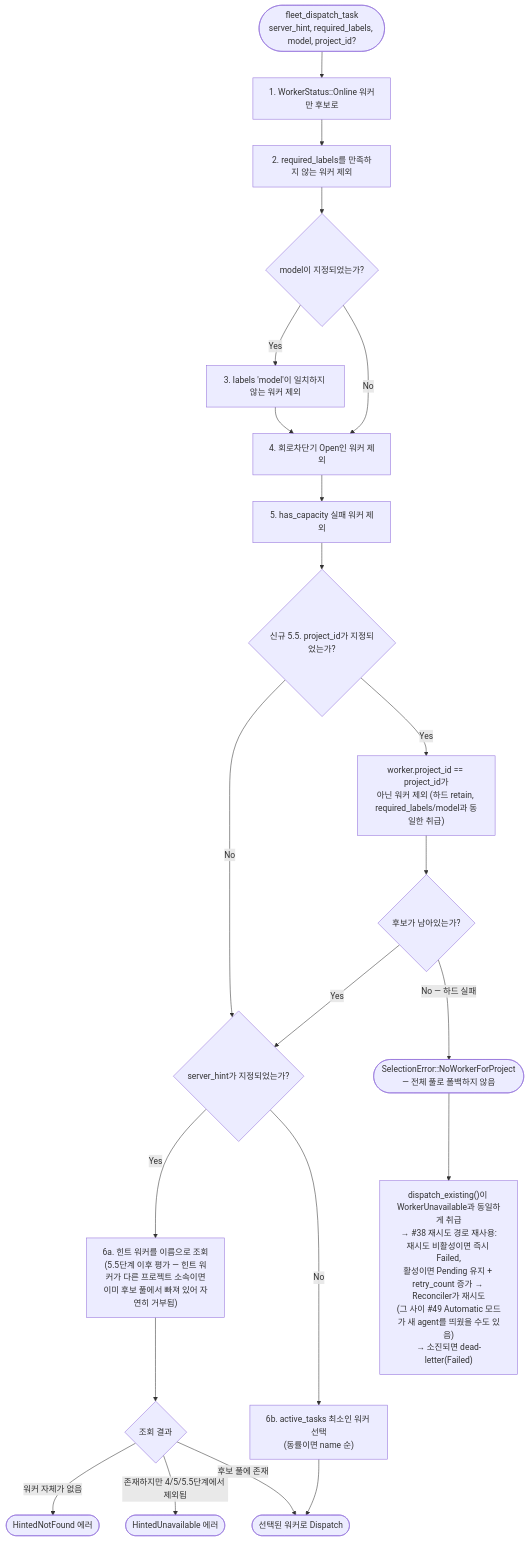
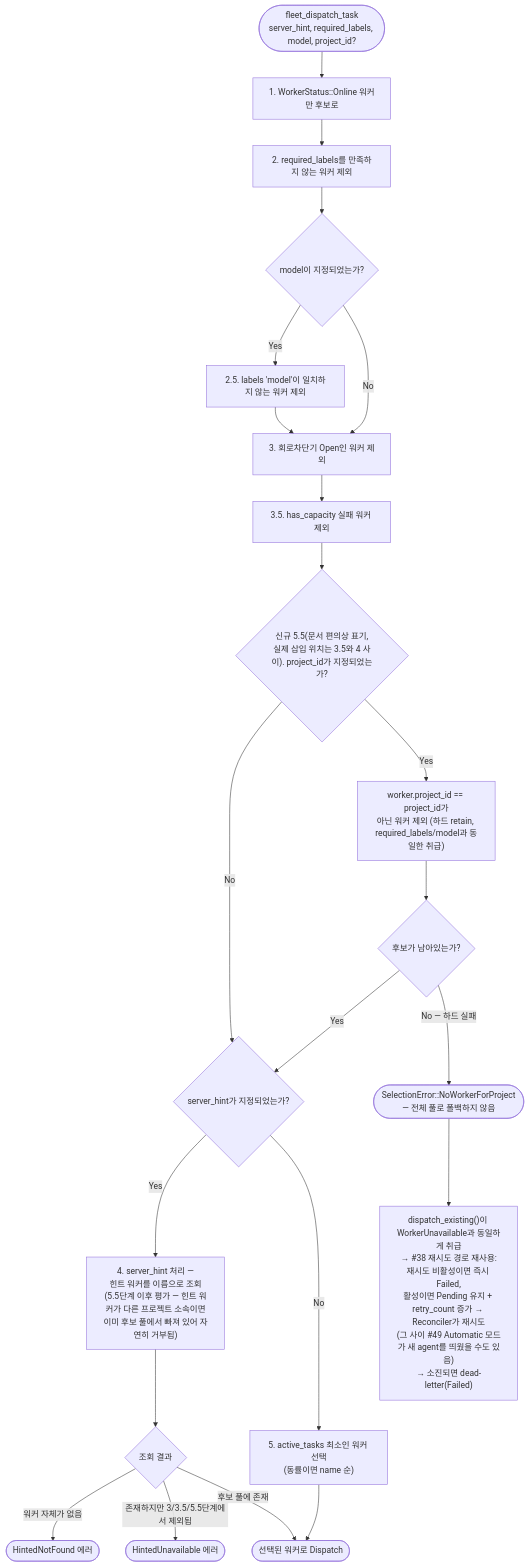
The diagram in docs/assets/diagrams/architecture/project-aware-dispatch-logic.mermaid (yarang/grok-fleet-orchestrator), drawn with Mermaid before and after one commit. The commit also changed 17 other files, not shown here.

First line of the commit message:
docs: index #48~#52 architectures, resolve broken links and lint discrepancies

```diff
--- a/docs/assets/diagrams/architecture/project-aware-dispatch-logic.mermaid
+++ b/docs/assets/diagrams/architecture/project-aware-dispatch-logic.mermaid
@@ -1,23 +1,23 @@
 flowchart TD
     Start([fleet_dispatch_task<br/>server_hint, required_labels, model, project_id?]) --> FilterOnline[1. WorkerStatus::Online 워커만 후보로]
     FilterOnline --> FilterLabels[2. required_labels를 만족하지 않는 워커 제외]
     FilterLabels --> CheckModel{model이 지정되었는가?}
-    CheckModel -- Yes --> FilterModel[3. labels 'model'이 일치하지 않는 워커 제외]
+    CheckModel -- Yes --> FilterModel[2.5. labels 'model'이 일치하지 않는 워커 제외]
     CheckModel -- No --> FilterBreaker
-    FilterModel --> FilterBreaker[4. 회로차단기 Open인 워커 제외]
-    FilterBreaker --> FilterCapacity[5. has_capacity 실패 워커 제외]
-    FilterCapacity --> CheckProject{"신규 5.5. project_id가 지정되었는가?"}
+    FilterModel --> FilterBreaker[3. 회로차단기 Open인 워커 제외]
+    FilterBreaker --> FilterCapacity[3.5. has_capacity 실패 워커 제외]
+    FilterCapacity --> CheckProject{"신규 5.5(문서 편의상 표기,<br/>실제 삽입 위치는 3.5와 4 사이). project_id가 지정되었는가?"}
     CheckProject -- No --> CheckHint{server_hint가 지정되었는가?}
     CheckProject -- Yes --> FilterProject["worker.project_id == project_id가<br/>아닌 워커 제외 (하드 retain, required_labels/model과 동일한 취급)"]
     FilterProject --> AnyLeft{후보가 남아있는가?}
     AnyLeft -- Yes --> CheckHint
     AnyLeft -- "No — 하드 실패" --> RejectProject(["SelectionError::NoWorkerForProject<br/>— 전체 풀로 폴백하지 않음"])
     RejectProject --> RetryPath["dispatch_existing()이 WorkerUnavailable과 동일하게 취급<br/>→ #38 재시도 경로 재사용:<br/>재시도 비활성이면 즉시 Failed,<br/>활성이면 Pending 유지 + retry_count 증가 → Reconciler가 재시도<br/>(그 사이 #49 Automatic 모드가 새 agent를 띄웠을 수도 있음)<br/>→ 소진되면 dead-letter(Failed)"]
 
-    CheckHint -- Yes --> HintLookup["6a. 힌트 워커를 이름으로 조회<br/>(5.5단계 이후 평가 — 힌트 워커가 다른 프로젝트 소속이면<br/>이미 후보 풀에서 빠져 있어 자연히 거부됨)"]
+    CheckHint -- Yes --> HintLookup["4. server_hint 처리 —<br/>힌트 워커를 이름으로 조회<br/>(5.5단계 이후 평가 — 힌트 워커가 다른 프로젝트 소속이면<br/>이미 후보 풀에서 빠져 있어 자연히 거부됨)"]
     HintLookup --> HintExists{조회 결과}
     HintExists -- 워커 자체가 없음 --> RejectNotFound([HintedNotFound 에러])
-    HintExists -- "존재하지만 4/5/5.5단계에서 제외됨" --> RejectUnavailable([HintedUnavailable 에러])
+    HintExists -- "존재하지만 3/3.5/5.5단계에서 제외됨" --> RejectUnavailable([HintedUnavailable 에러])
     HintExists -- 후보 풀에 존재 --> Dispatch
-    CheckHint -- No --> FilterLeastLoaded["6b. active_tasks 최소인 워커 선택<br/>(동률이면 name 순)"]
+    CheckHint -- No --> FilterLeastLoaded["5. active_tasks 최소인 워커 선택<br/>(동률이면 name 순)"]
     FilterLeastLoaded --> Dispatch([선택된 워커로 Dispatch])
```
